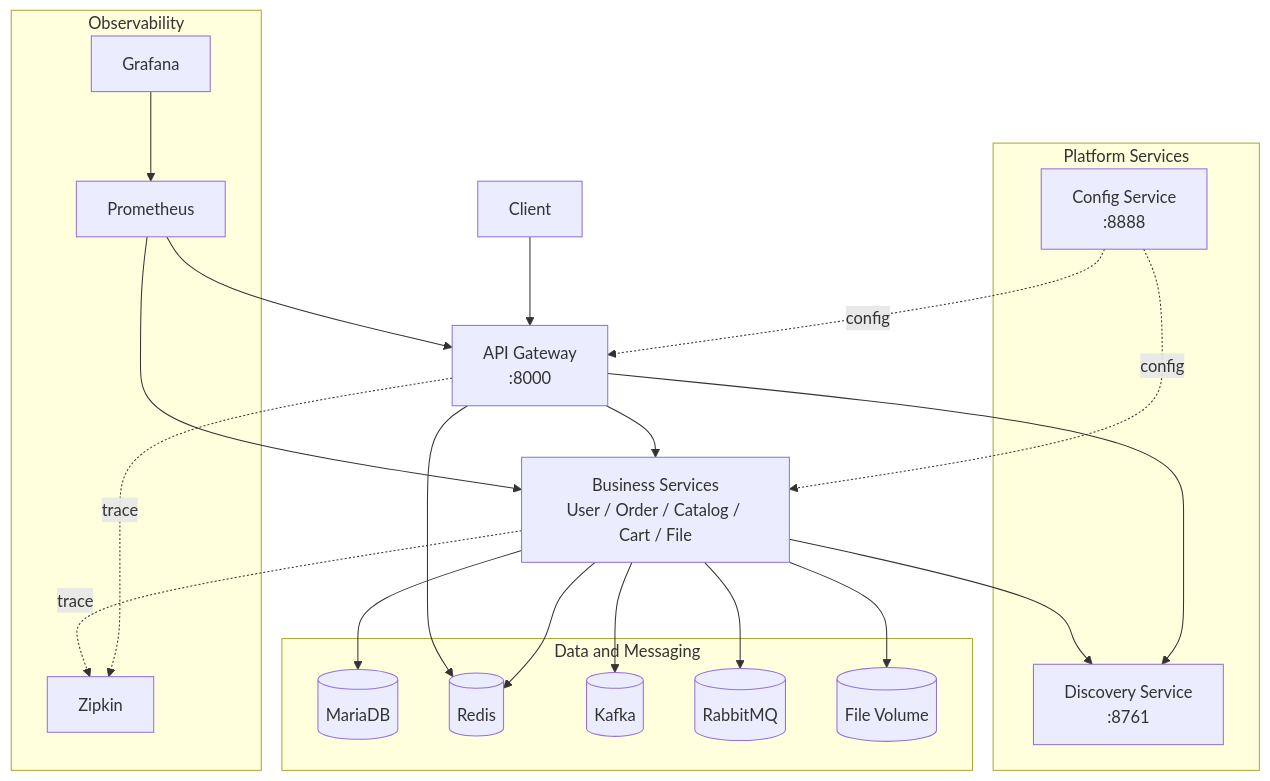
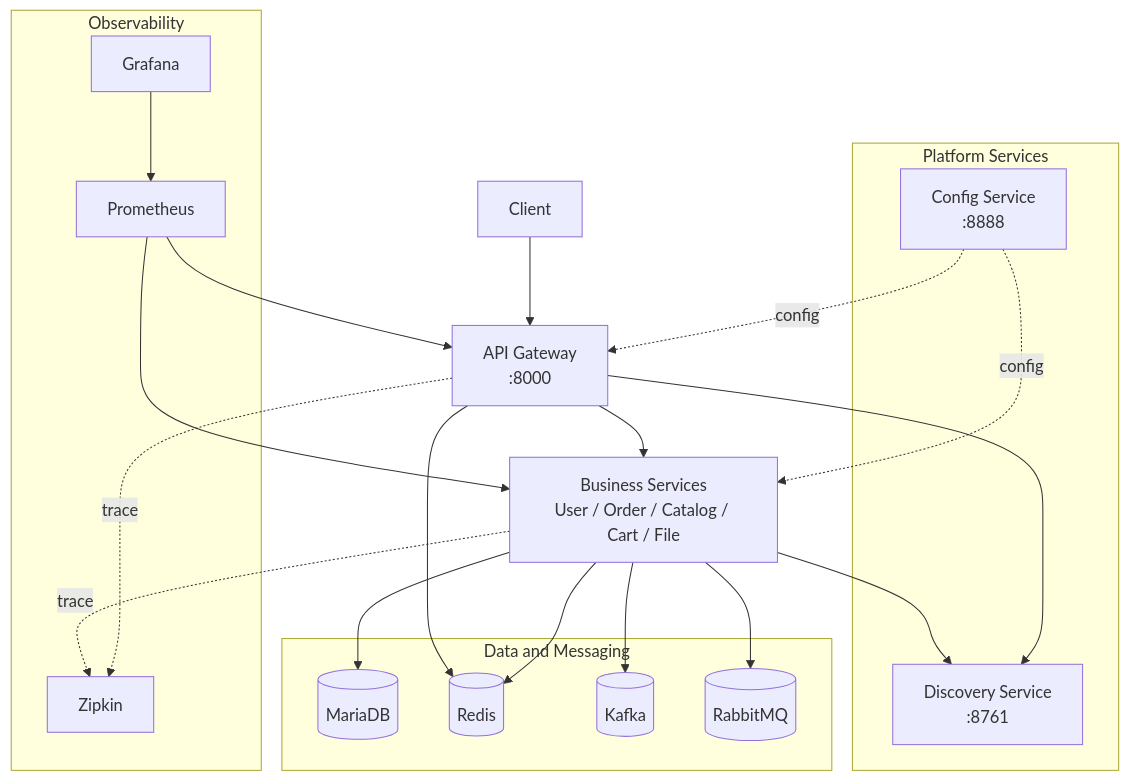
Before and after one commit to MasJeong/msa-spring-cloud: the diagram in README.md, drawn with Mermaid.

Commit message:
docs: 아키텍처 다이어그램에서 File Volume 박스를 제거
file-service의 `./native-file-repo:/app/files` 바인드 마운트는 별도 인프라가 아니라 호스트 볼륨 매핑이므로 다이어그램에서 혼동을 유발해 삭제.

````diff
--- a/README.md
+++ b/README.md
@@ -65,42 +65,40 @@
 ```mermaid
 flowchart TB
     C[Client] --> GW[API Gateway<br/>:8000]
     GW --> BIZ[Business Services<br/>User / Order / Catalog / Cart / File]
 
     subgraph Platform[Platform Services]
       CFG[Config Service<br/>:8888]
       DSC[Discovery Service<br/>:8761]
     end
 
     subgraph DataMsg[Data and Messaging]
       DB[(MariaDB)]
       REDIS[(Redis)]
       KAFKA[(Kafka)]
       RABBIT[(RabbitMQ)]
-      FILEVOL[(File Volume)]
     end
 
     subgraph Obs[Observability]
       ZIPKIN[Zipkin]
       PROM[Prometheus]
       GRAF[Grafana]
     end
 
     CFG -. config .-> GW
     CFG -. config .-> BIZ
     GW --> DSC
     BIZ --> DSC
 
     BIZ --> DB
     BIZ --> REDIS
     BIZ --> KAFKA
     BIZ --> RABBIT
-    BIZ --> FILEVOL
     GW --> REDIS
 
     GW -. trace .-> ZIPKIN
     BIZ -. trace .-> ZIPKIN
     PROM --> GW
     PROM --> BIZ
     GRAF --> PROM
 ```
````
